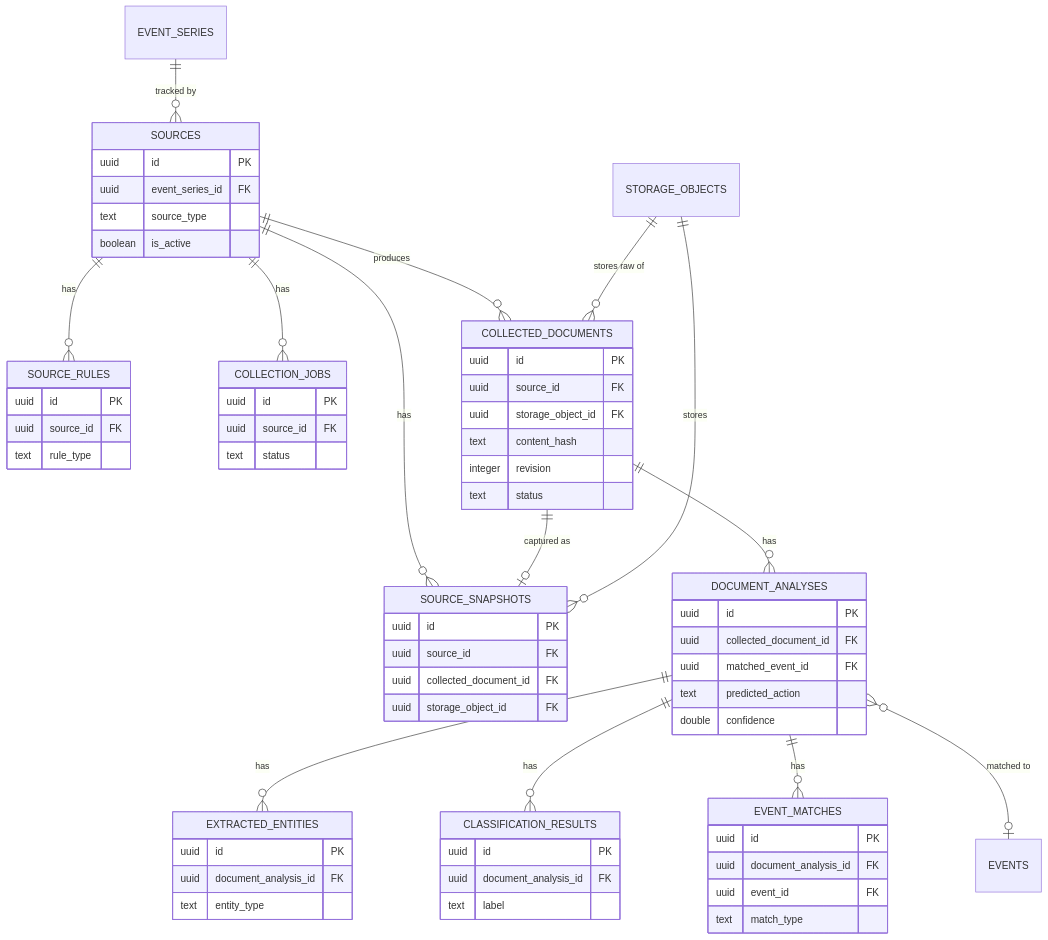
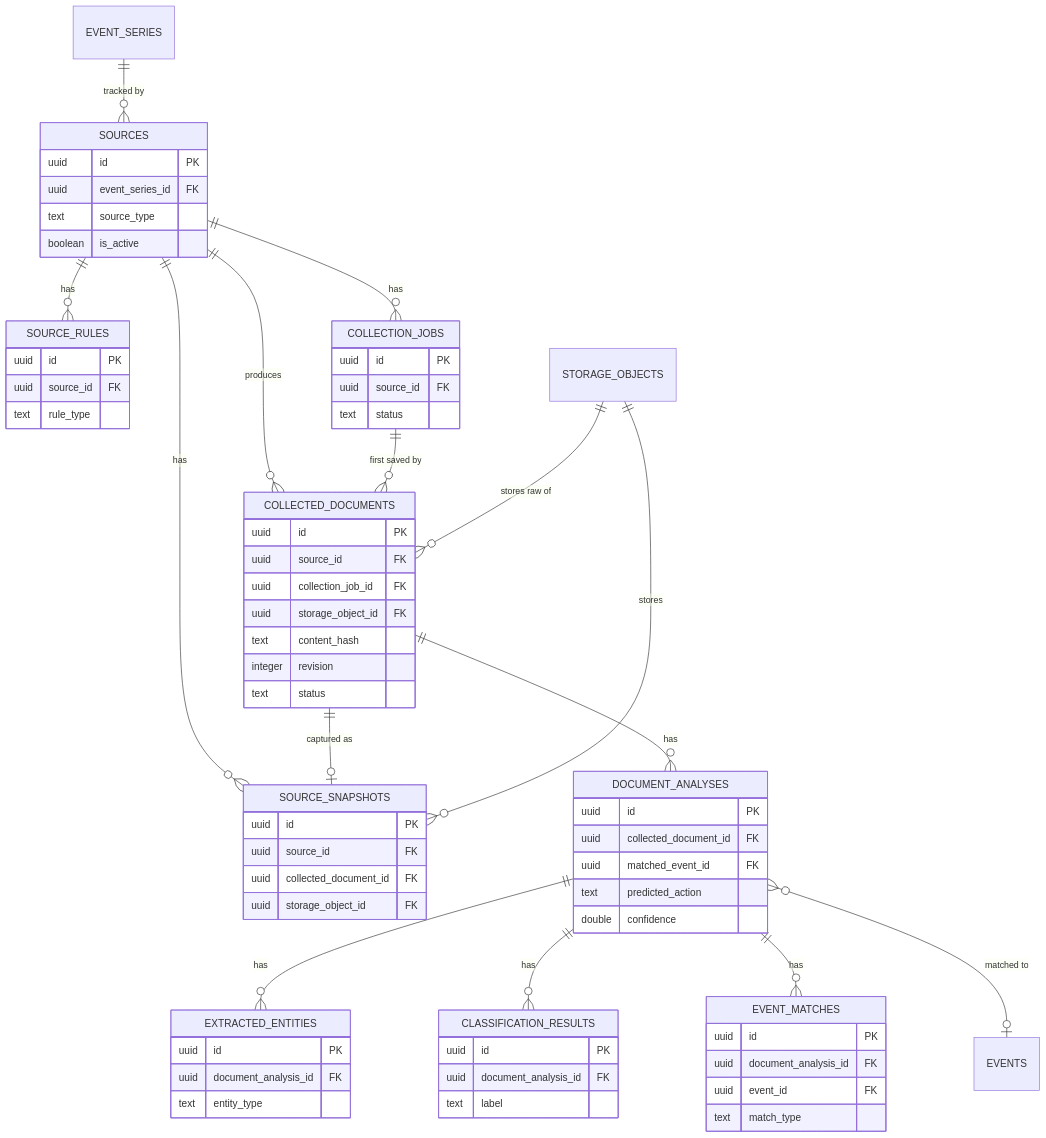
The third of 6 diagrams in docs/plan/database/erd.md (SOIV/subculture_link_stage), drawn with Mermaid before and after one commit. The commit also changed 5 other files, not shown here.

````diff
--- a/docs/plan/database/erd.md
+++ b/docs/plan/database/erd.md
@@ -153,70 +153,72 @@
 ```mermaid
 erDiagram
     SOURCES ||--o{ SOURCE_RULES : has
     SOURCES ||--o{ COLLECTION_JOBS : has
     SOURCES ||--o{ COLLECTED_DOCUMENTS : produces
+    COLLECTION_JOBS ||--o{ COLLECTED_DOCUMENTS : "first saved by"
     SOURCES ||--o{ SOURCE_SNAPSHOTS : has
     COLLECTED_DOCUMENTS ||--o| SOURCE_SNAPSHOTS : "captured as"
     COLLECTED_DOCUMENTS ||--o{ DOCUMENT_ANALYSES : has
     DOCUMENT_ANALYSES ||--o{ EXTRACTED_ENTITIES : has
     DOCUMENT_ANALYSES ||--o{ CLASSIFICATION_RESULTS : has
     DOCUMENT_ANALYSES ||--o{ EVENT_MATCHES : has
     DOCUMENT_ANALYSES }o--o| EVENTS : "matched to"
     STORAGE_OBJECTS ||--o{ COLLECTED_DOCUMENTS : "stores raw of"
     STORAGE_OBJECTS ||--o{ SOURCE_SNAPSHOTS : stores
     EVENT_SERIES ||--o{ SOURCES : "tracked by"
 
     SOURCES {
         uuid id PK
         uuid event_series_id FK
         text source_type
         boolean is_active
     }
     SOURCE_RULES {
         uuid id PK
         uuid source_id FK
         text rule_type
     }
     COLLECTION_JOBS {
         uuid id PK
         uuid source_id FK
         text status
     }
     COLLECTED_DOCUMENTS {
         uuid id PK
         uuid source_id FK
+        uuid collection_job_id FK
         uuid storage_object_id FK
         text content_hash
         integer revision
         text status
     }
     SOURCE_SNAPSHOTS {
         uuid id PK
         uuid source_id FK
         uuid collected_document_id FK
         uuid storage_object_id FK
     }
     DOCUMENT_ANALYSES {
         uuid id PK
         uuid collected_document_id FK
         uuid matched_event_id FK
         text predicted_action
         double confidence
     }
     EXTRACTED_ENTITIES {
         uuid id PK
         uuid document_analysis_id FK
         text entity_type
     }
     CLASSIFICATION_RESULTS {
         uuid id PK
         uuid document_analysis_id FK
         text label
     }
     EVENT_MATCHES {
         uuid id PK
         uuid document_analysis_id FK
         uuid event_id FK
         text match_type
     }
 ```
````
